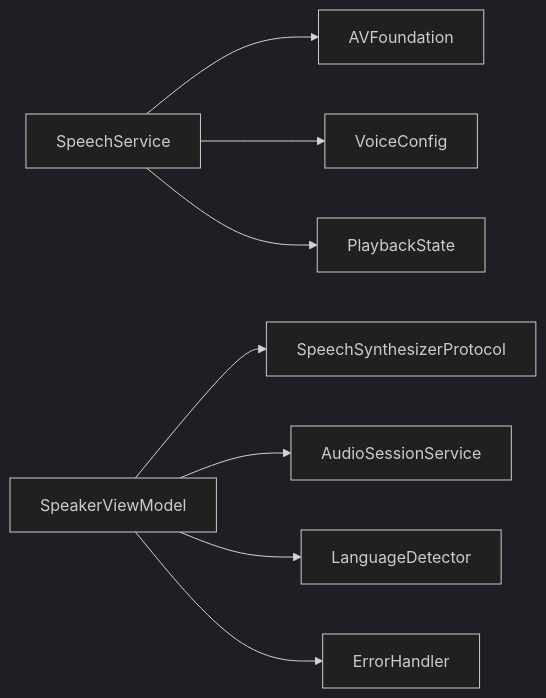
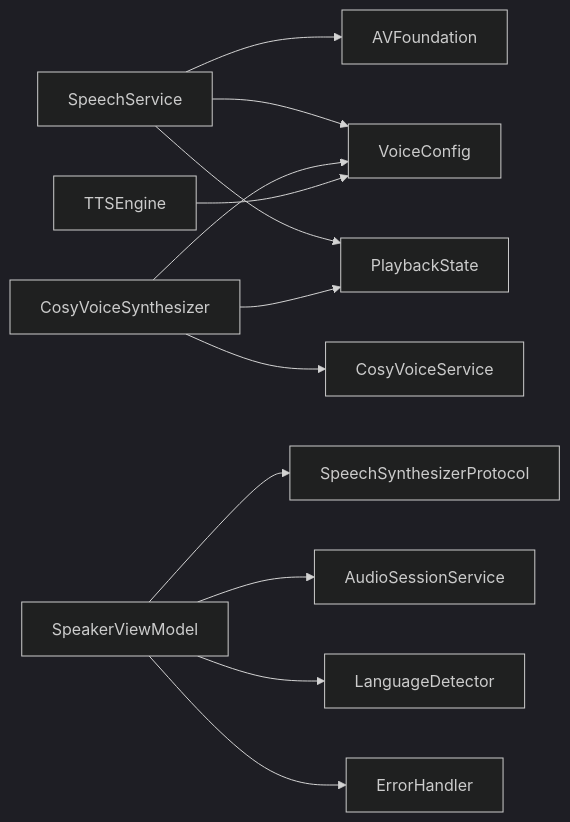
Before and after one commit to Primoguo/Knowledge: the ninth of 9 diagrams in .qoder/repowiki/zh/content/核心功能模块/语音合成系统/系统 TTS 服务.md, drawn with Mermaid (dark theme). The commit also changed other lines of this file and 32 other files, not shown here.

````diff
--- a/.qoder/repowiki/zh/content/核心功能模块/语音合成系统/系统 TTS 服务.md
+++ b/.qoder/repowiki/zh/content/核心功能模块/语音合成系统/系统 TTS 服务.md
@@ -374,10 +519,14 @@
 ```mermaid
 graph LR
 SS["SpeechService"] --> AVF["AVFoundation"]
 SS --> VC["VoiceConfig"]
 SS --> PS["PlaybackState"]
+CSV["CosyVoiceSynthesizer"] --> CSVS["CosyVoiceService"]
+CSV --> VC
+CSV --> PS
 SVM["SpeakerViewModel"] --> SSP["SpeechSynthesizerProtocol"]
 SVM --> AS["AudioSessionService"]
 SVM --> LD["LanguageDetector"]
 SVM --> EH["ErrorHandler"]
+TEE["TTSEngine"] --> VC
 ```
````
